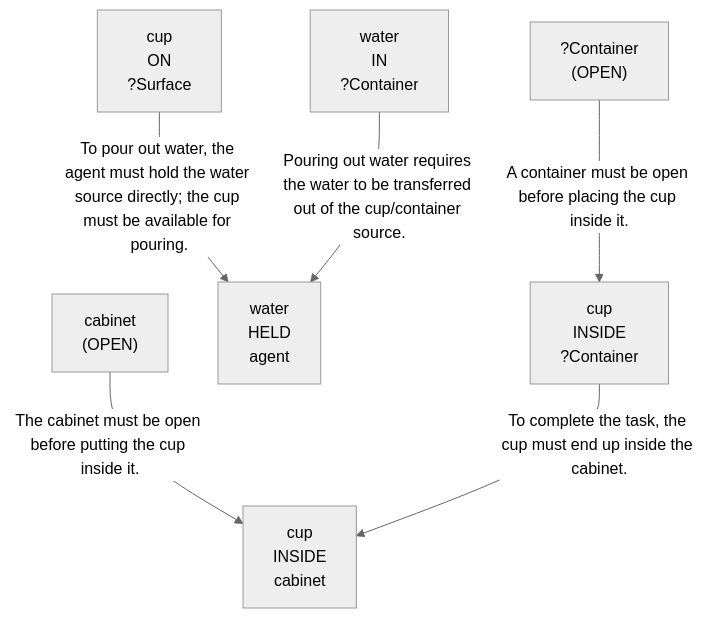
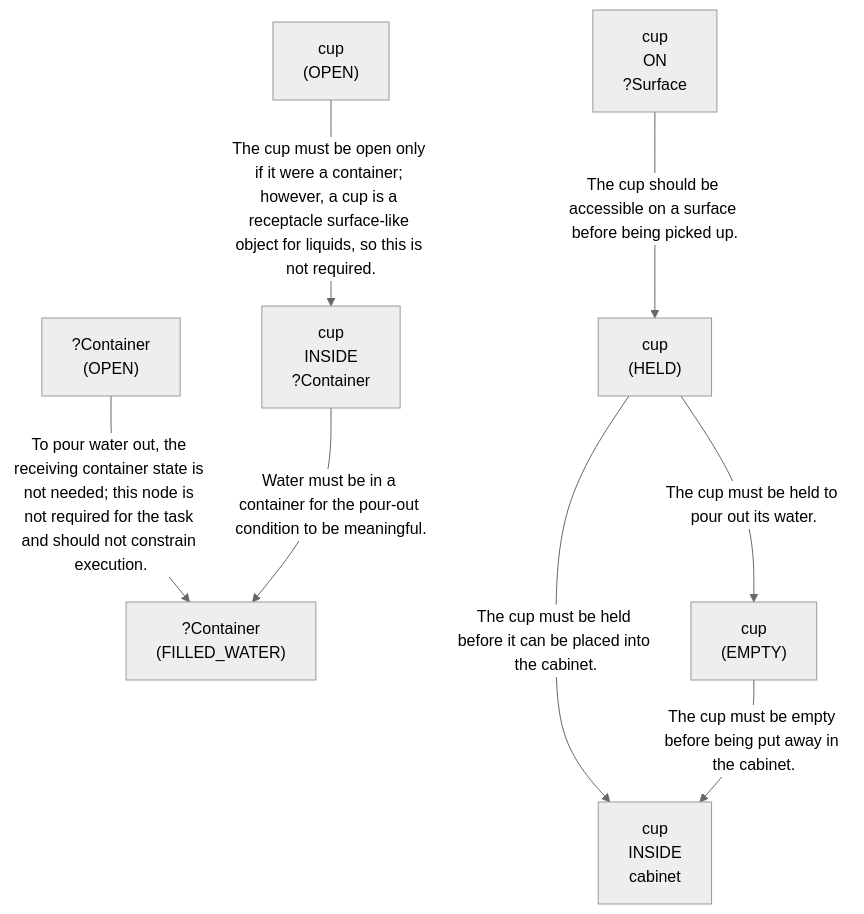
The first of 3 diagrams in evaluation/results/table1/robostate/instruction_type/sentence_wise/G1_05/run_T1_INST_G1_05_sentence_wise.md (scuama/virtualhome), drawn with Mermaid (neutral theme) before and after one commit. The commit also changed other lines of this file and 133 other files, not shown here.

````diff
--- a/evaluation/results/table1/robostate/instruction_type/sentence_wise/G1_05/run_T1_INST_G1_05_sentence_wise.md
+++ b/evaluation/results/table1/robostate/instruction_type/sentence_wise/G1_05/run_T1_INST_G1_05_sentence_wise.md
@@ -72,15 +72,18 @@
 ```mermaid
 graph TD
-    N1["cup<br>INSIDE<br>?Container"]
-    N2["?Container<br>(OPEN)"]
-    N3["cup<br>ON<br>?Surface"]
-    N4["water<br>HELD<br>agent"]
-    N5["water<br>IN<br>?Container"]
-    N6["cup<br>INSIDE<br>cabinet"]
-    N7["cabinet<br>(OPEN)"]
-    N2 -->|"A container must be open before placing the cup inside it."| N1
-    N3 -->|"To pour out water, the agent must hold the water source directly; the cup must be available for pouring."| N4
-    N5 -->|"Pouring out water requires the water to be transferred out of the cup/container source."| N4
-    N7 -->|"The cabinet must be open before putting the cup inside it."| N6
-    N1 -->|"To complete the task, the cup must end up inside the cabinet."| N6
+    N1["cup<br>(HELD)"]
+    N2["cup<br>ON<br>?Surface"]
+    N3["cup<br>(OPEN)"]
+    N4["?Container<br>(OPEN)"]
+    N5["cup<br>INSIDE<br>?Container"]
+    N6["?Container<br>(FILLED_WATER)"]
+    N7["cup<br>(EMPTY)"]
+    N8["cup<br>INSIDE<br>cabinet"]
+    N1 -->|"The cup must be held to pour out its water."| N7
+    N1 -->|"The cup must be held before it can be placed into the cabinet."| N8
+    N4 -->|"To pour water out, the receiving container state is not needed; this node is not required for the task and should not constrain execution."| N6
+    N5 -->|"Water must be in a container for the pour-out condition to be meaningful."| N6
+    N3 -->|"The cup must be open only if it were a container; however, a cup is a receptacle surface-like object for liquids, so this is not required."| N5
+    N2 -->|"The cup should be accessible on a surface before being picked up."| N1
+    N7 -->|"The cup must be empty before being put away in the cabinet."| N8
 ```
````
